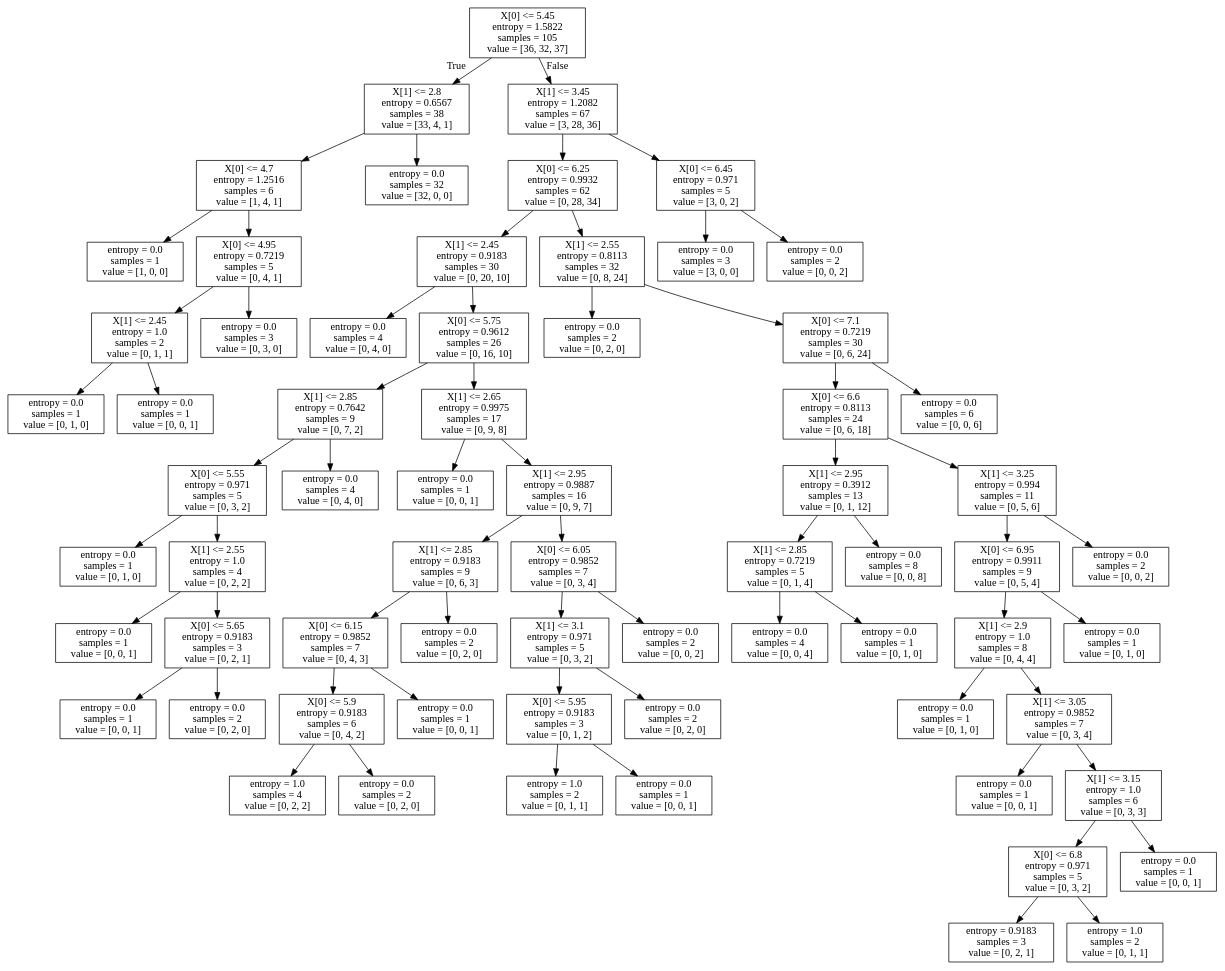
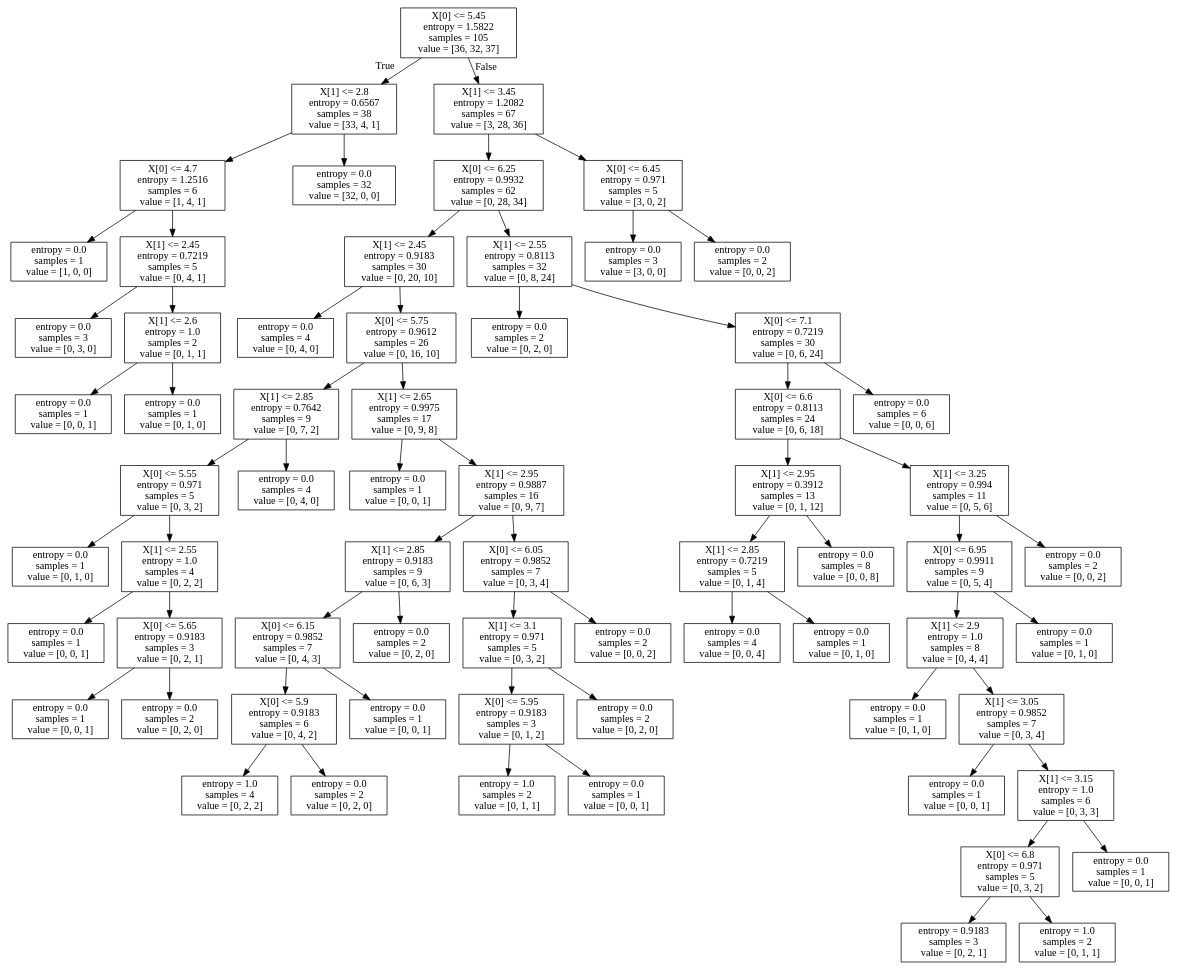
Before and after one commit to daoos/tensorflow_learn: the diagram in 机器学习/10.RandomForest/iris.dot, drawn with Graphviz. The commit also changed 178 other files, not shown here.

```diff
--- a/机器学习/10.RandomForest/iris.dot
+++ b/机器学习/10.RandomForest/iris.dot
@@ -1,136 +1,136 @@
 digraph Tree {
 node [shape=box] ;
 0 [label="X[0] <= 5.45\nentropy = 1.5822\nsamples = 105\nvalue = [36, 32, 37]"] ;
 1 [label="X[1] <= 2.8\nentropy = 0.6567\nsamples = 38\nvalue = [33, 4, 1]"] ;
 0 -> 1 [labeldistance=2.5, labelangle=45, headlabel="True"] ;
 2 [label="X[0] <= 4.7\nentropy = 1.2516\nsamples = 6\nvalue = [1, 4, 1]"] ;
 1 -> 2 ;
 3 [label="entropy = 0.0\nsamples = 1\nvalue = [1, 0, 0]"] ;
 2 -> 3 ;
-4 [label="X[0] <= 4.95\nentropy = 0.7219\nsamples = 5\nvalue = [0, 4, 1]"] ;
+4 [label="X[1] <= 2.45\nentropy = 0.7219\nsamples = 5\nvalue = [0, 4, 1]"] ;
 2 -> 4 ;
-5 [label="X[1] <= 2.45\nentropy = 1.0\nsamples = 2\nvalue = [0, 1, 1]"] ;
+5 [label="entropy = 0.0\nsamples = 3\nvalue = [0, 3, 0]"] ;
 4 -> 5 ;
-6 [label="entropy = 0.0\nsamples = 1\nvalue = [0, 1, 0]"] ;
-5 -> 6 ;
+6 [label="X[1] <= 2.6\nentropy = 1.0\nsamples = 2\nvalue = [0, 1, 1]"] ;
+4 -> 6 ;
 7 [label="entropy = 0.0\nsamples = 1\nvalue = [0, 0, 1]"] ;
-5 -> 7 ;
-8 [label="entropy = 0.0\nsamples = 3\nvalue = [0, 3, 0]"] ;
-4 -> 8 ;
+6 -> 7 ;
+8 [label="entropy = 0.0\nsamples = 1\nvalue = [0, 1, 0]"] ;
+6 -> 8 ;
 9 [label="entropy = 0.0\nsamples = 32\nvalue = [32, 0, 0]"] ;
 1 -> 9 ;
 10 [label="X[1] <= 3.45\nentropy = 1.2082\nsamples = 67\nvalue = [3, 28, 36]"] ;
 0 -> 10 [labeldistance=2.5, labelangle=-45, headlabel="False"] ;
 11 [label="X[0] <= 6.25\nentropy = 0.9932\nsamples = 62\nvalue = [0, 28, 34]"] ;
 10 -> 11 ;
 12 [label="X[1] <= 2.45\nentropy = 0.9183\nsamples = 30\nvalue = [0, 20, 10]"] ;
 11 -> 12 ;
 13 [label="entropy = 0.0\nsamples = 4\nvalue = [0, 4, 0]"] ;
 12 -> 13 ;
 14 [label="X[0] <= 5.75\nentropy = 0.9612\nsamples = 26\nvalue = [0, 16, 10]"] ;
 12 -> 14 ;
 15 [label="X[1] <= 2.85\nentropy = 0.7642\nsamples = 9\nvalue = [0, 7, 2]"] ;
 14 -> 15 ;
 16 [label="X[0] <= 5.55\nentropy = 0.971\nsamples = 5\nvalue = [0, 3, 2]"] ;
 15 -> 16 ;
 17 [label="entropy = 0.0\nsamples = 1\nvalue = [0, 1, 0]"] ;
 16 -> 17 ;
 18 [label="X[1] <= 2.55\nentropy = 1.0\nsamples = 4\nvalue = [0, 2, 2]"] ;
 16 -> 18 ;
 19 [label="entropy = 0.0\nsamples = 1\nvalue = [0, 0, 1]"] ;
 18 -> 19 ;
 20 [label="X[0] <= 5.65\nentropy = 0.9183\nsamples = 3\nvalue = [0, 2, 1]"] ;
 18 -> 20 ;
 21 [label="entropy = 0.0\nsamples = 1\nvalue = [0, 0, 1]"] ;
 20 -> 21 ;
 22 [label="entropy = 0.0\nsamples = 2\nvalue = [0, 2, 0]"] ;
 20 -> 22 ;
 23 [label="entropy = 0.0\nsamples = 4\nvalue = [0, 4, 0]"] ;
 15 -> 23 ;
 24 [label="X[1] <= 2.65\nentropy = 0.9975\nsamples = 17\nvalue = [0, 9, 8]"] ;
 14 -> 24 ;
 25 [label="entropy = 0.0\nsamples = 1\nvalue = [0, 0, 1]"] ;
 24 -> 25 ;
 26 [label="X[1] <= 2.95\nentropy = 0.9887\nsamples = 16\nvalue = [0, 9, 7]"] ;
 24 -> 26 ;
 27 [label="X[1] <= 2.85\nentropy = 0.9183\nsamples = 9\nvalue = [0, 6, 3]"] ;
 26 -> 27 ;
 28 [label="X[0] <= 6.15\nentropy = 0.9852\nsamples = 7\nvalue = [0, 4, 3]"] ;
 27 -> 28 ;
 29 [label="X[0] <= 5.9\nentropy = 0.9183\nsamples = 6\nvalue = [0, 4, 2]"] ;
 28 -> 29 ;
 30 [label="entropy = 1.0\nsamples = 4\nvalue = [0, 2, 2]"] ;
 29 -> 30 ;
 31 [label="entropy = 0.0\nsamples = 2\nvalue = [0, 2, 0]"] ;
 29 -> 31 ;
 32 [label="entropy = 0.0\nsamples = 1\nvalue = [0, 0, 1]"] ;
 28 -> 32 ;
 33 [label="entropy = 0.0\nsamples = 2\nvalue = [0, 2, 0]"] ;
 27 -> 33 ;
 34 [label="X[0] <= 6.05\nentropy = 0.9852\nsamples = 7\nvalue = [0, 3, 4]"] ;
 26 -> 34 ;
 35 [label="X[1] <= 3.1\nentropy = 0.971\nsamples = 5\nvalue = [0, 3, 2]"] ;
 34 -> 35 ;
 36 [label="X[0] <= 5.95\nentropy = 0.9183\nsamples = 3\nvalue = [0, 1, 2]"] ;
 35 -> 36 ;
 37 [label="entropy = 1.0\nsamples = 2\nvalue = [0, 1, 1]"] ;
 36 -> 37 ;
 38 [label="entropy = 0.0\nsamples = 1\nvalue = [0, 0, 1]"] ;
 36 -> 38 ;
 39 [label="entropy = 0.0\nsamples = 2\nvalue = [0, 2, 0]"] ;
 35 -> 39 ;
 40 [label="entropy = 0.0\nsamples = 2\nvalue = [0, 0, 2]"] ;
 34 -> 40 ;
 41 [label="X[1] <= 2.55\nentropy = 0.8113\nsamples = 32\nvalue = [0, 8, 24]"] ;
 11 -> 41 ;
 42 [label="entropy = 0.0\nsamples = 2\nvalue = [0, 2, 0]"] ;
 41 -> 42 ;
 43 [label="X[0] <= 7.1\nentropy = 0.7219\nsamples = 30\nvalue = [0, 6, 24]"] ;
 41 -> 43 ;
 44 [label="X[0] <= 6.6\nentropy = 0.8113\nsamples = 24\nvalue = [0, 6, 18]"] ;
 43 -> 44 ;
 45 [label="X[1] <= 2.95\nentropy = 0.3912\nsamples = 13\nvalue = [0, 1, 12]"] ;
 44 -> 45 ;
 46 [label="X[1] <= 2.85\nentropy = 0.7219\nsamples = 5\nvalue = [0, 1, 4]"] ;
 45 -> 46 ;
 47 [label="entropy = 0.0\nsamples = 4\nvalue = [0, 0, 4]"] ;
 46 -> 47 ;
 48 [label="entropy = 0.0\nsamples = 1\nvalue = [0, 1, 0]"] ;
 46 -> 48 ;
 49 [label="entropy = 0.0\nsamples = 8\nvalue = [0, 0, 8]"] ;
 45 -> 49 ;
 50 [label="X[1] <= 3.25\nentropy = 0.994\nsamples = 11\nvalue = [0, 5, 6]"] ;
 44 -> 50 ;
 51 [label="X[0] <= 6.95\nentropy = 0.9911\nsamples = 9\nvalue = [0, 5, 4]"] ;
 50 -> 51 ;
 52 [label="X[1] <= 2.9\nentropy = 1.0\nsamples = 8\nvalue = [0, 4, 4]"] ;
 51 -> 52 ;
 53 [label="entropy = 0.0\nsamples = 1\nvalue = [0, 1, 0]"] ;
 52 -> 53 ;
 54 [label="X[1] <= 3.05\nentropy = 0.9852\nsamples = 7\nvalue = [0, 3, 4]"] ;
 52 -> 54 ;
 55 [label="entropy = 0.0\nsamples = 1\nvalue = [0, 0, 1]"] ;
 54 -> 55 ;
 56 [label="X[1] <= 3.15\nentropy = 1.0\nsamples = 6\nvalue = [0, 3, 3]"] ;
 54 -> 56 ;
 57 [label="X[0] <= 6.8\nentropy = 0.971\nsamples = 5\nvalue = [0, 3, 2]"] ;
 56 -> 57 ;
 58 [label="entropy = 0.9183\nsamples = 3\nvalue = [0, 2, 1]"] ;
 57 -> 58 ;
 59 [label="entropy = 1.0\nsamples = 2\nvalue = [0, 1, 1]"] ;
 57 -> 59 ;
 60 [label="entropy = 0.0\nsamples = 1\nvalue = [0, 0, 1]"] ;
 56 -> 60 ;
 61 [label="entropy = 0.0\nsamples = 1\nvalue = [0, 1, 0]"] ;
 51 -> 61 ;
 62 [label="entropy = 0.0\nsamples = 2\nvalue = [0, 0, 2]"] ;
 50 -> 62 ;
 63 [label="entropy = 0.0\nsamples = 6\nvalue = [0, 0, 6]"] ;
 43 -> 63 ;
 64 [label="X[0] <= 6.45\nentropy = 0.971\nsamples = 5\nvalue = [3, 0, 2]"] ;
 10 -> 64 ;
 65 [label="entropy = 0.0\nsamples = 3\nvalue = [3, 0, 0]"] ;
 64 -> 65 ;
 66 [label="entropy = 0.0\nsamples = 2\nvalue = [0, 0, 2]"] ;
 64 -> 66 ;
 }
```
